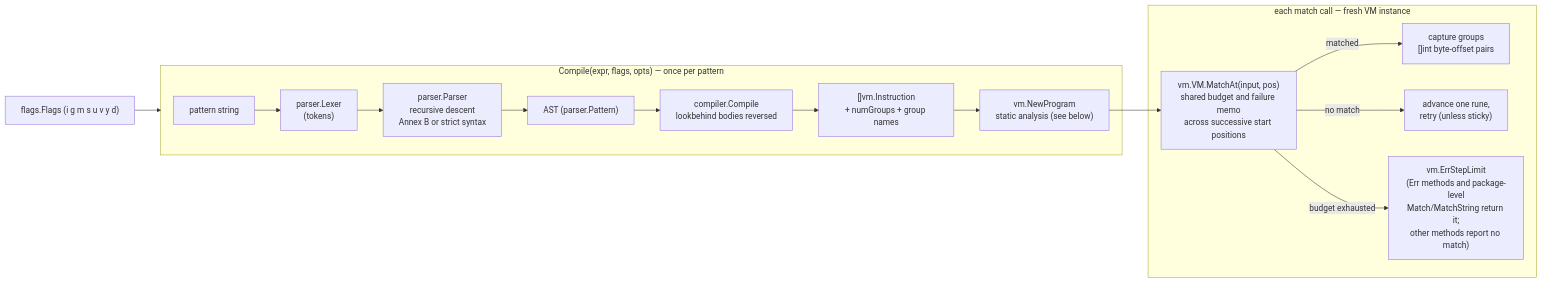
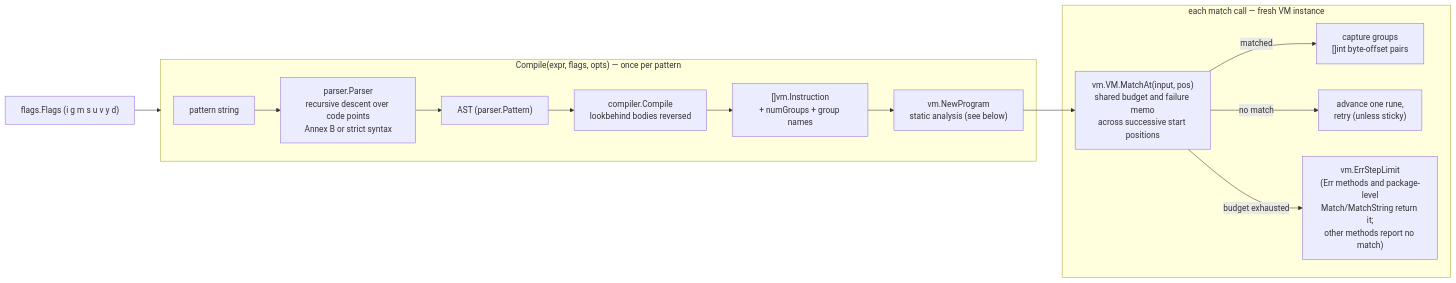
The first of 2 diagrams in docs/architecture.md (mgilbir/goecma262), drawn with Mermaid before and after one commit. The commit also changed other lines of this file and 18 other files, not shown here.

````diff
--- a/docs/architecture.md
+++ b/docs/architecture.md
@@ -24,18 +24,17 @@
 ```mermaid
 flowchart LR
     subgraph Compile["Compile(expr, flags, opts) — once per pattern"]
-        SRC["pattern string"] --> LEX["parser.Lexer<br/>(tokens)"]
-        LEX --> PARSE["parser.Parser<br/>recursive descent<br/>Annex B or strict syntax"]
+        SRC["pattern string"] --> PARSE["parser.Parser<br/>recursive descent over code points<br/>Annex B or strict syntax"]
         PARSE --> AST["AST (parser.Pattern)"]
         AST --> COMP["compiler.Compile<br/>lookbehind bodies reversed"]
         COMP --> CODE["[]vm.Instruction<br/>+ numGroups + group names"]
         CODE --> PROG["vm.NewProgram<br/>static analysis (see below)"]
     end
     subgraph Match["each match call — fresh VM instance"]
         PROG --> VM["vm.VM.MatchAt(input, pos)<br/>shared budget and failure memo<br/>across successive start positions"]
         VM -->|"matched"| GROUPS["capture groups<br/>[]int byte-offset pairs"]
         VM -->|"no match"| NEXT["advance one rune,<br/>retry (unless sticky)"]
         VM -->|"budget exhausted"| ERR["vm.ErrStepLimit<br/>(Err methods and package-level<br/>Match/MatchString return it;<br/>other methods report no match)"]
     end
     FLAGS["flags.Flags (i g m s u v y d)"] --> Compile
 ```
````
